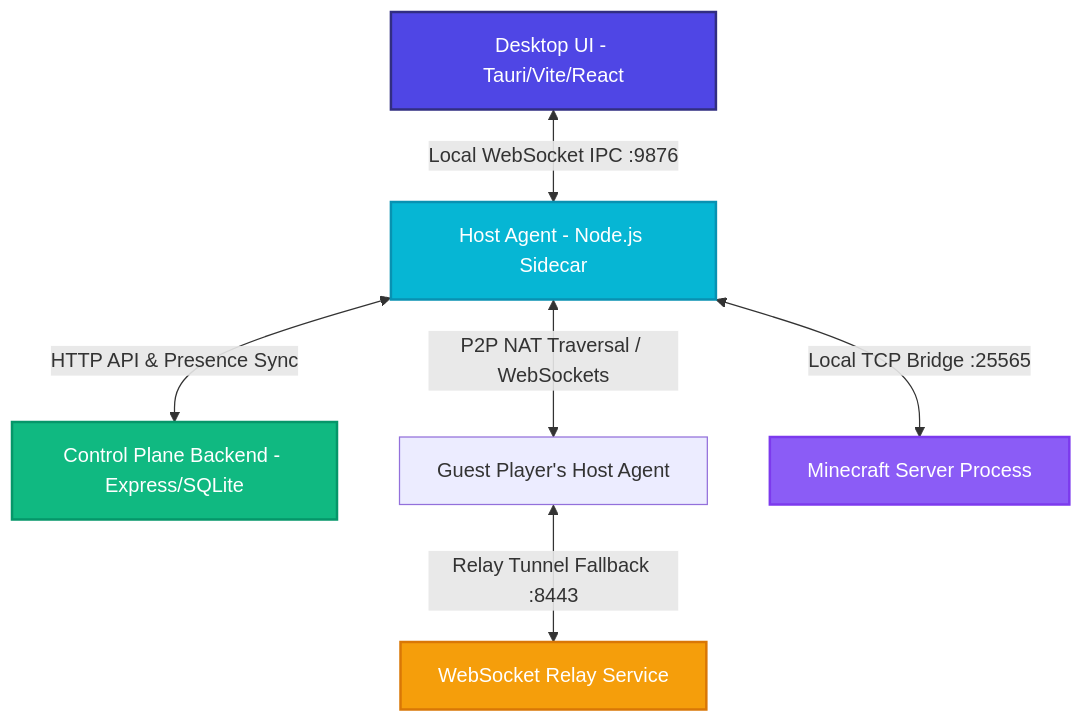
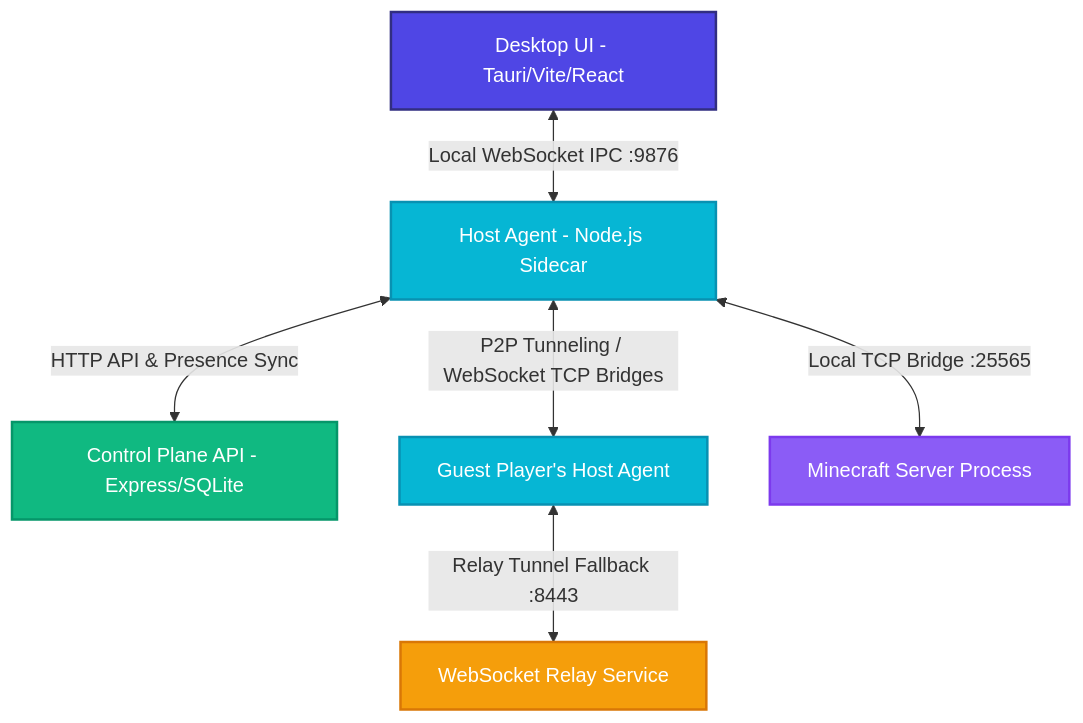
The diagram in README.md (KutyAI/Private-Hosting-App), drawn with Mermaid before and after one commit. The commit also changed other lines of this file, not shown here.

Commit message:
docs: upgrade README.md to premium, detailed architectural documentation

````diff
--- a/README.md
+++ b/README.md
@@ -27,14 +38,24 @@
 ```mermaid
 graph TD
-    A[Desktop UI - Tauri/Vite/React] <-->|Local WebSocket IPC :9876| B[Host Agent - Node.js Sidecar]
-    B <-->|HTTP API & Presence Sync| C[Control Plane Backend - Express/SQLite]
-    B <-->|P2P NAT Traversal / WebSockets| D[Guest Player's Host Agent]
-    D <-->|Relay Tunnel Fallback :8443| E[WebSocket Relay Service]
-    B <-->|Local TCP Bridge :25565| F[Minecraft Server Process]
+    %% Styling definitions
+    classDef ui fill:#4F46E5,stroke:#312E81,stroke-width:2px,color:#fff;
+    classDef agent fill:#06B6D4,stroke:#0891B2,stroke-width:2px,color:#fff;
+    classDef backend fill:#10B981,stroke:#059669,stroke-width:2px,color:#fff;
+    classDef relay fill:#F59E0B,stroke:#D97706,stroke-width:2px,color:#fff;
+    classDef mc fill:#8B5CF6,stroke:#7C3AED,stroke-width:2px,color:#fff;
 
-    style A fill:#4F46E5,stroke:#312E81,stroke-width:2px,color:#fff
-    style B fill:#06B6D4,stroke:#0891B2,stroke-width:2px,color:#fff
-    style C fill:#10B981,stroke:#059669,stroke-width:2px,color:#fff
-    style E fill:#F59E0B,stroke:#D97706,stroke-width:2px,color:#fff
-    style F fill:#8B5CF6,stroke:#7C3AED,stroke-width:2px,color:#fff
+    %% Elements
+    UI[Desktop UI - Tauri/Vite/React] <-->|Local WebSocket IPC :9876| Agent[Host Agent - Node.js Sidecar]
+    Agent <-->|HTTP API & Presence Sync| API[Control Plane API - Express/SQLite]
+    Agent <-->|P2P Tunneling / WebSocket TCP Bridges| Guest[Guest Player's Host Agent]
+    Guest <-->|Relay Tunnel Fallback :8443| Relay[WebSocket Relay Service]
+    Agent <-->|Local TCP Bridge :25565| MC[Minecraft Server Process]
+
+    %% Applying styles
+    class UI ui;
+    class Agent agent;
+    class API backend;
+    class Guest agent;
+    class Relay relay;
+    class MC mc;
 ```
````
